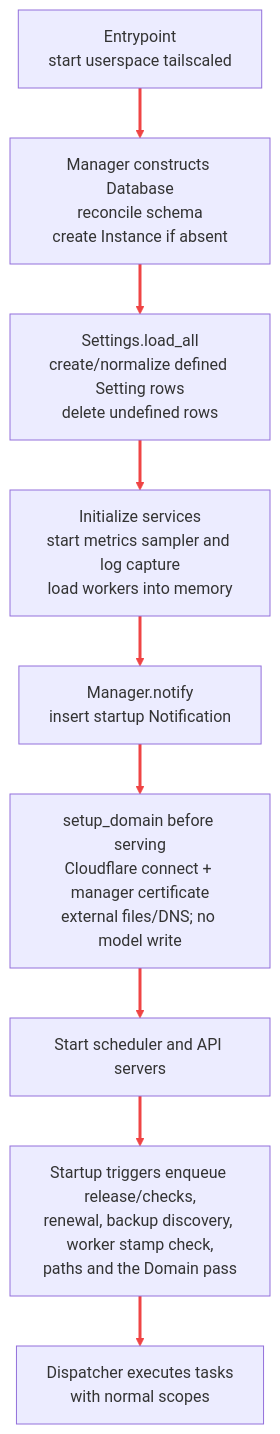
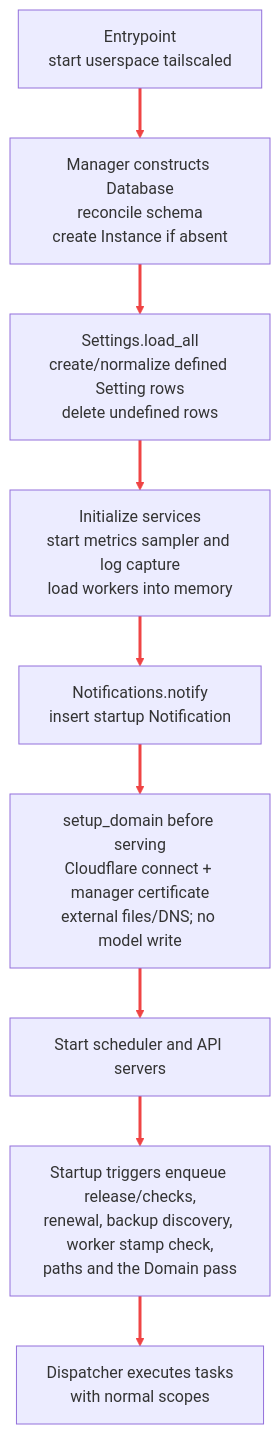
The fourth of 4 diagrams in docs/operations.md (v31-dev/sage), drawn with Mermaid before and after one commit. The commit also changed other lines of this file and 28 other files, not shown here.

````diff
--- a/docs/operations.md
+++ b/docs/operations.md
@@ -335,16 +335,16 @@
 ```mermaid
 %%{init: {"themeVariables": {"lineColor": "#ef4444"}, "themeCSS": ".marker { overflow: visible; } .arrowMarkerPath { stroke-width: 2px !important; } .edge-pattern-dotted { stroke-dasharray: 8 6 !important; }"}}%%
 flowchart TB
     entry["Entrypoint<br/>start userspace tailscaled"]
     database["Manager constructs Database<br/>reconcile schema<br/>create Instance if absent"]
     settings["Settings.load_all<br/>create/normalize defined Setting rows<br/>delete undefined rows"]
     services["Initialize services<br/>start metrics sampler and log capture<br/>load workers into memory"]
-    notice["Manager.notify<br/>insert startup Notification"]
+    notice["Notifications.notify<br/>insert startup Notification"]
     bootstrap["setup_domain before serving<br/>Cloudflare connect + manager certificate<br/>external files/DNS; no model write"]
     serve["Start scheduler and API servers"]
     enqueue["Startup triggers enqueue release/checks,<br/>renewal, backup discovery, worker stamp check,<br/>paths and the Domain pass"]
     run["Dispatcher executes tasks<br/>with normal scopes"]
 
     entry --> database --> settings --> services --> notice --> bootstrap --> serve --> enqueue --> run
     linkStyle default stroke:#ef4444,stroke-width:3px
 ```
````
